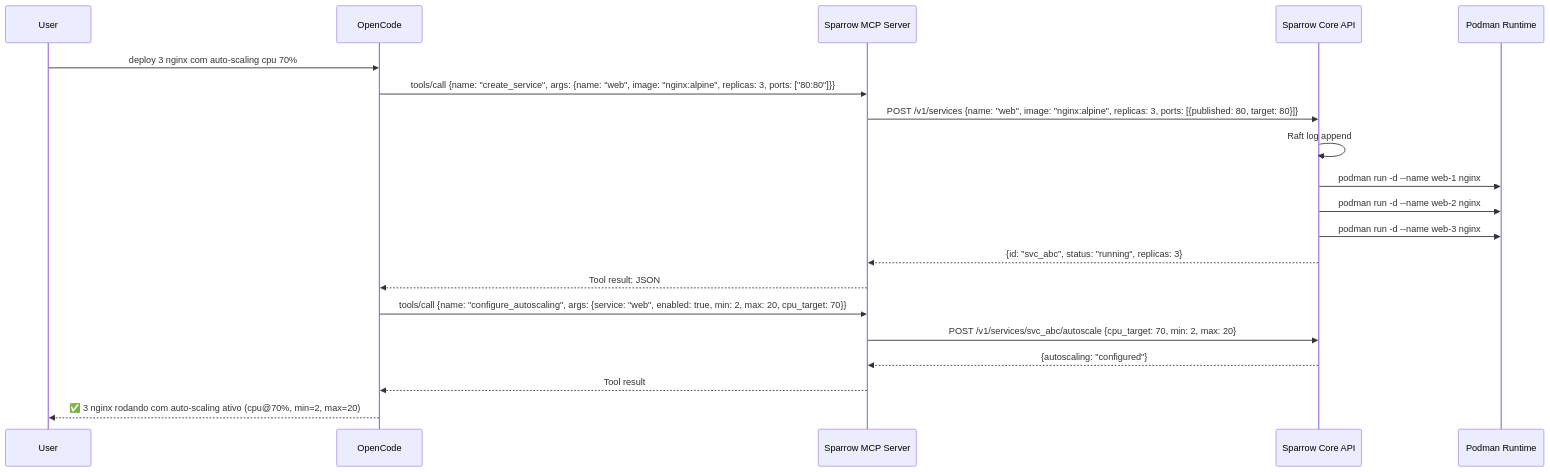
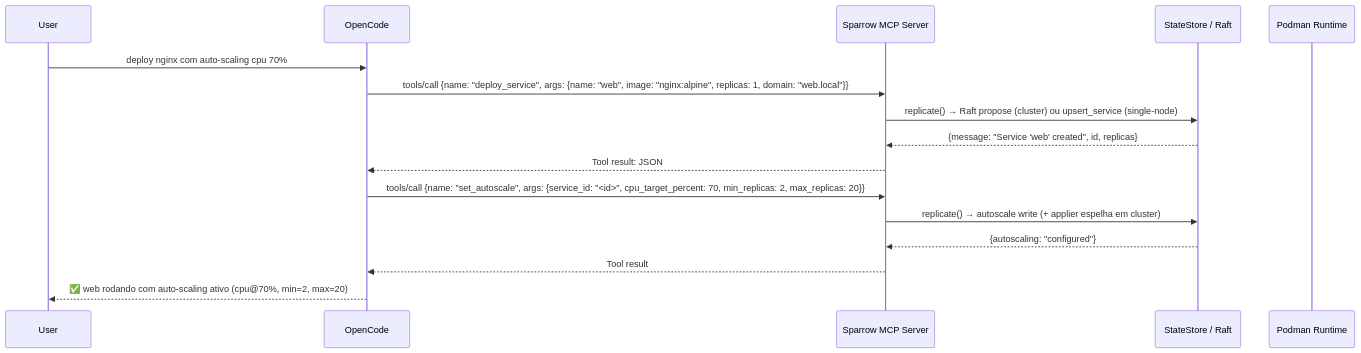
Before and after one commit to andeerc/sparrow: the diagram in docs/mcp-server.md, drawn with Mermaid. The commit also changed other lines of this file and 13 other files, not shown here.

````diff
--- a/docs/mcp-server.md
+++ b/docs/mcp-server.md
@@ -648,26 +278,22 @@
 ```mermaid
 sequenceDiagram
     participant User
     participant OC as OpenCode
     participant SparrowMCP as Sparrow MCP Server
-    participant SparrowAPI as Sparrow Core API
+    participant Store as StateStore / Raft
     participant Podman as Podman Runtime
-    
-    User->>OC: deploy 3 nginx com auto-scaling cpu 70%
-    
-    OC->>SparrowMCP: tools/call {name: "create_service", args: {name: "web", image: "nginx:alpine", replicas: 3, ports: ["80:80"]}}
-    SparrowMCP->>SparrowAPI: POST /v1/services {name: "web", image: "nginx:alpine", replicas: 3, ports: [{published: 80, target: 80}]}
-    SparrowAPI->>SparrowAPI: Raft log append
-    SparrowAPI->>Podman: podman run -d --name web-1 nginx
-    SparrowAPI->>Podman: podman run -d --name web-2 nginx
-    SparrowAPI->>Podman: podman run -d --name web-3 nginx
-    SparrowAPI-->>SparrowMCP: {id: "svc_abc", status: "running", replicas: 3}
+
+    User->>OC: deploy nginx com auto-scaling cpu 70%
+
+    OC->>SparrowMCP: tools/call {name: "deploy_service", args: {name: "web", image: "nginx:alpine", replicas: 1, domain: "web.local"}}
+    SparrowMCP->>Store: replicate() → Raft propose (cluster) ou upsert_service (single-node)
+    Store-->>SparrowMCP: {message: "Service 'web' created", id, replicas}
     SparrowMCP-->>OC: Tool result: JSON
-    
-    OC->>SparrowMCP: tools/call {name: "configure_autoscaling", args: {service: "web", enabled: true, min: 2, max: 20, cpu_target: 70}}
-    SparrowMCP->>SparrowAPI: POST /v1/services/svc_abc/autoscale {cpu_target: 70, min: 2, max: 20}
-    SparrowAPI-->>SparrowMCP: {autoscaling: "configured"}
+
+    OC->>SparrowMCP: tools/call {name: "set_autoscale", args: {service_id: "<id>", cpu_target_percent: 70, min_replicas: 2, max_replicas: 20}}
+    SparrowMCP->>Store: replicate() → autoscale write (+ applier espelha em cluster)
+    Store-->>SparrowMCP: {autoscaling: "configured"}
     SparrowMCP-->>OC: Tool result
-    
-    OC-->>User: ✅ 3 nginx rodando com auto-scaling ativo (cpu@70%, min=2, max=20)
+
+    OC-->>User: ✅ web rodando com auto-scaling ativo (cpu@70%, min=2, max=20)
 ```
````
